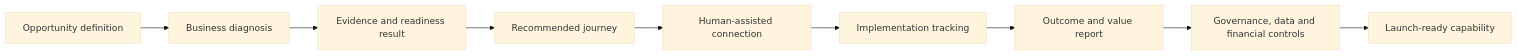
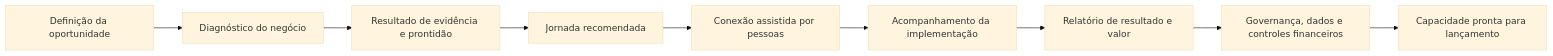
The second of 5 diagrams in 00-project-control/framework/HUB_Three-Layer_Project_Development_Framework.md (pratofeitoo/the-new-hub-proj-dev-2), drawn with Mermaid (base theme) before and after one commit. The commit also changed other lines of this file and 46 other files, not shown here.

````diff
--- a/00-project-control/framework/HUB_Three-Layer_Project_Development_Framework.md
+++ b/00-project-control/framework/HUB_Three-Layer_Project_Development_Framework.md
@@ -96,11 +100,11 @@
 ```mermaid
 flowchart LR
-    A[Opportunity definition] --> B[Business diagnosis]
-    B --> C[Evidence and readiness result]
-    C --> D[Recommended journey]
-    D --> E[Human-assisted connection]
-    E --> F[Implementation tracking]
-    F --> G[Outcome and value report]
-    G --> H[Governance, data and financial controls]
-    H --> I[Launch-ready capability]
+    A[Definição da oportunidade] --> B[Diagnóstico do negócio]
+    B --> C[Resultado de evidência e prontidão]
+    C --> D[Jornada recomendada]
+    D --> E[Conexão assistida por pessoas]
+    E --> F[Acompanhamento da implementação]
+    F --> G[Relatório de resultado e valor]
+    G --> H[Governança, dados e controles financeiros]
+    H --> I[Capacidade pronta para lançamento]
 ```
````
